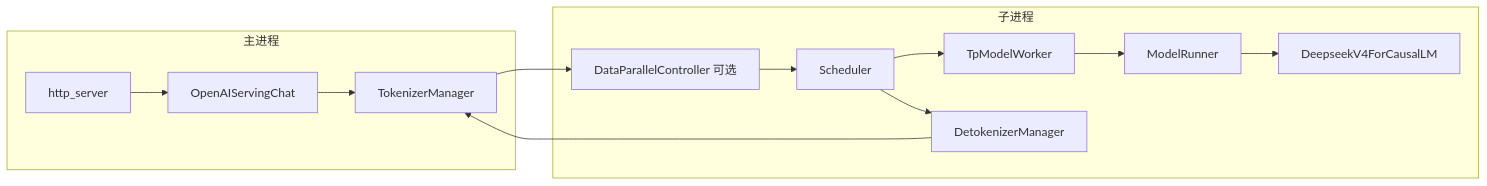
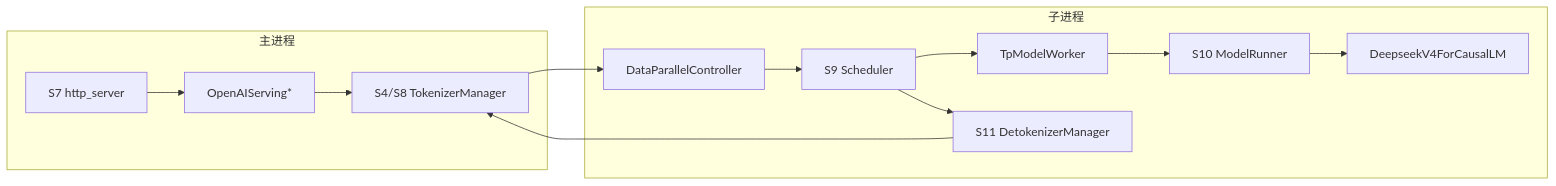
Before and after one commit to wangtong198/sglang: the diagram in docs/my_docs/03-模块地图.md, drawn with Mermaid. The commit also changed other lines of this file and 13 other files, not shown here.

First line of the commit message:
Deepen the Chinese SGLang learning series around the runtime flow.

````diff
--- a/docs/my_docs/03-模块地图.md
+++ b/docs/my_docs/03-模块地图.md
@@ -47,19 +5,19 @@
 ```mermaid
 flowchart LR
   subgraph 主进程
-    HTTP["http_server"]
-    OC["OpenAIServingChat"]
-    TM["TokenizerManager"]
+    HTTP["S7 http_server"]
+    OC["OpenAIServing*"]
+    TM["S4/S8 TokenizerManager"]
   end
   subgraph 子进程
-    DP["DataParallelController 可选"]
-    SCH["Scheduler"]
+    DP["DataParallelController"]
+    SCH["S9 Scheduler"]
     TW["TpModelWorker"]
-    MR["ModelRunner"]
+    MR["S10 ModelRunner"]
     M["DeepseekV4ForCausalLM"]
-    DET["DetokenizerManager"]
+    DET["S11 DetokenizerManager"]
   end
   HTTP --> OC --> TM --> DP --> SCH
   SCH --> TW --> MR --> M
   SCH --> DET --> TM
 ```
````
